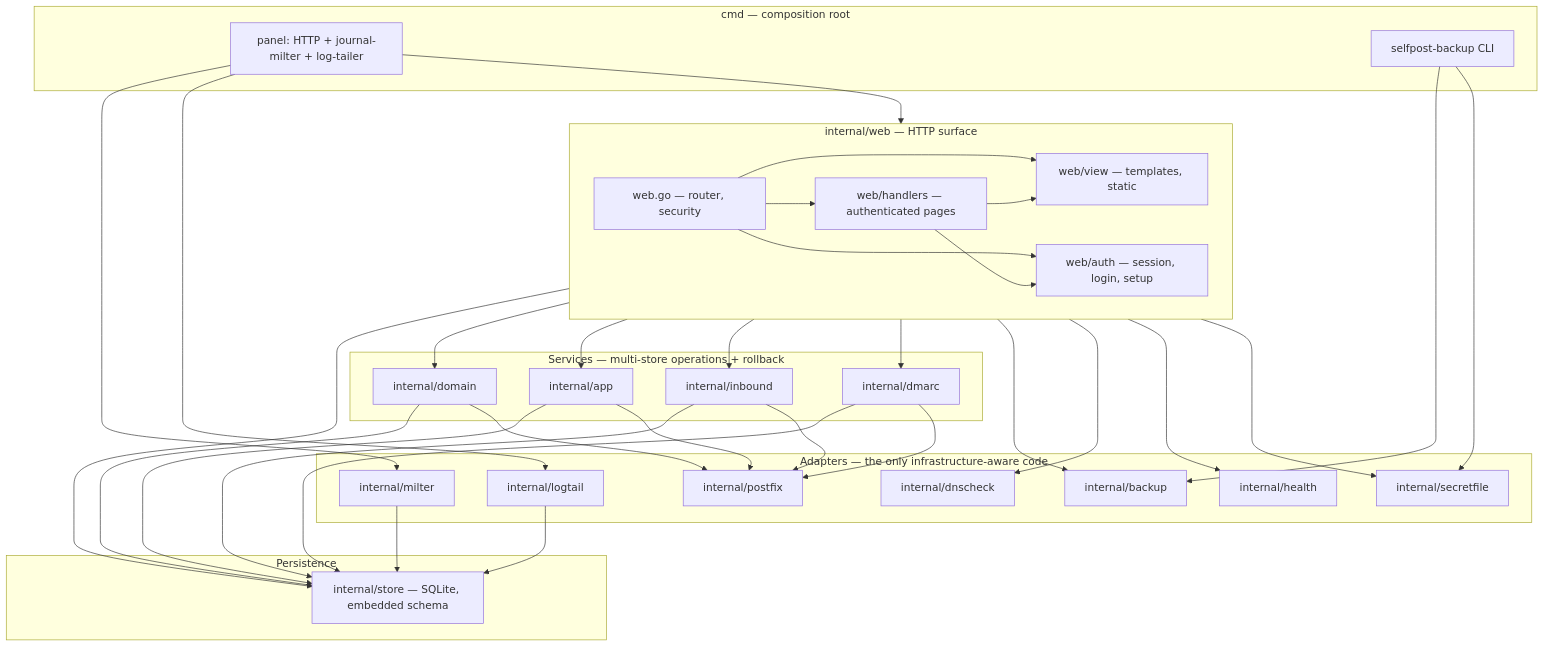
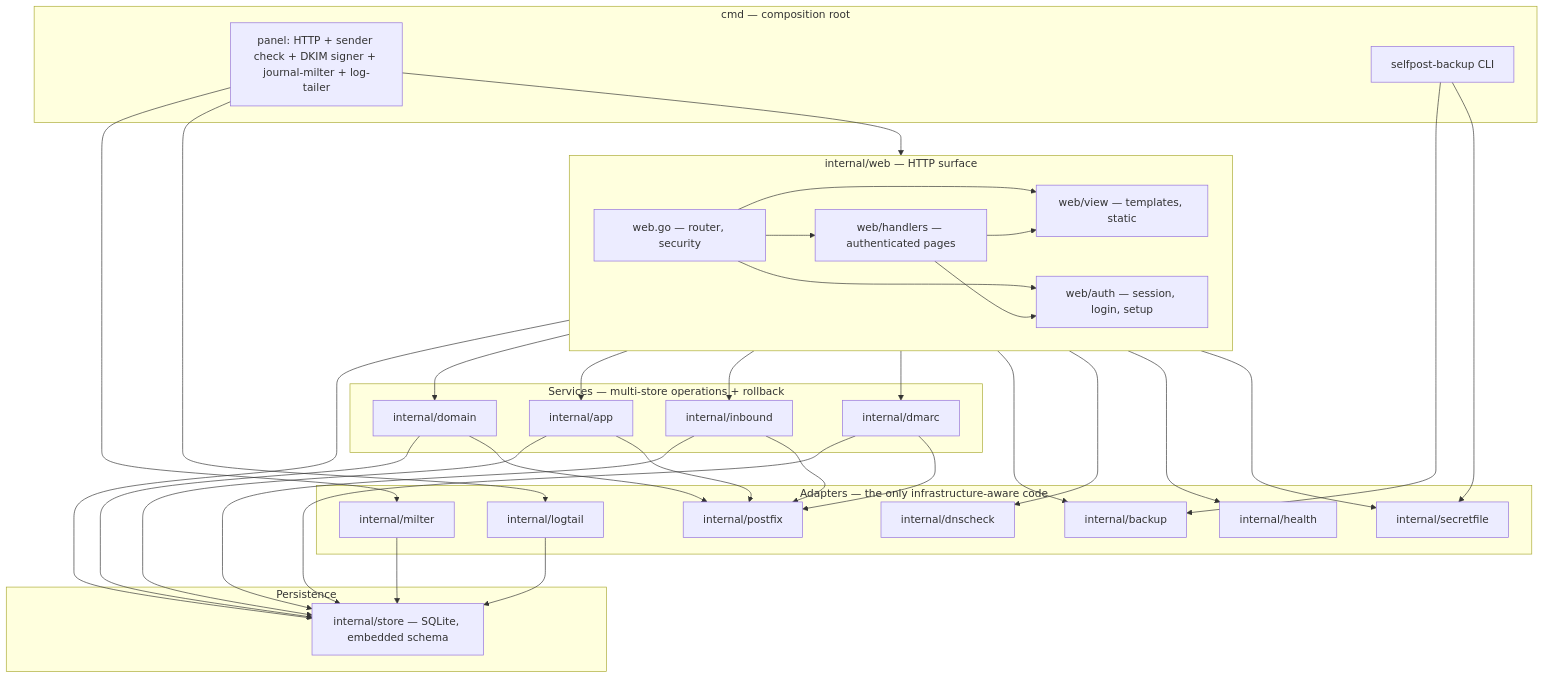
One commit to mixeme/selfpost changed the diagram in docs/architecture.md. Above: the diagram before and after it, drawn with Mermaid. The commit also changed other lines of this file and 10 other files, not shown here.

````diff
--- a/docs/architecture.md
+++ b/docs/architecture.md
@@ -937,60 +1023,60 @@
 ```mermaid
 flowchart TB
   subgraph cmd ["cmd — composition root"]
-    panel["panel: HTTP + journal-milter + log-tailer"]
+    panel["panel: HTTP + sender check + DKIM signer + journal-milter + log-tailer"]
     backupcli["selfpost-backup CLI"]
   end
   subgraph web ["internal/web — HTTP surface"]
     webRoot["web.go — router, security"]
     viewPkg["web/view — templates, static"]
     authPkg["web/auth — session, login, setup"]
     handlersPkg["web/handlers — authenticated pages"]
     webRoot --> viewPkg
     webRoot --> authPkg
     webRoot --> handlersPkg
     handlersPkg --> authPkg
     handlersPkg --> viewPkg
   end
   subgraph services ["Services — multi-store operations + rollback"]
     domainSvc["internal/domain"]
     appSvc["internal/app"]
     inboundSvc["internal/inbound"]
     dmarcSvc["internal/dmarc"]
   end
   subgraph persistence ["Persistence"]
     store["internal/store — SQLite, embedded schema"]
   end
   subgraph adapters ["Adapters — the only infrastructure-aware code"]
     postfix["internal/postfix"]
     milterPkg["internal/milter"]
     logtail["internal/logtail"]
     dnscheck["internal/dnscheck"]
     backupPkg["internal/backup"]
     health["internal/health"]
     secretfile["internal/secretfile"]
   end
   panel --> web
   panel --> milterPkg
   panel --> logtail
   backupcli --> backupPkg
   backupcli --> secretfile
   web --> store
   web --> domainSvc
   web --> appSvc
   web --> inboundSvc
   web --> dmarcSvc
   web --> backupPkg
   web --> dnscheck
   web --> health
   web --> secretfile
   domainSvc --> store
   appSvc --> store
   inboundSvc --> store
   dmarcSvc --> store
   milterPkg --> store
   logtail --> store
   domainSvc --> postfix
   appSvc --> postfix
   inboundSvc --> postfix
   dmarcSvc --> postfix
 ```
````
